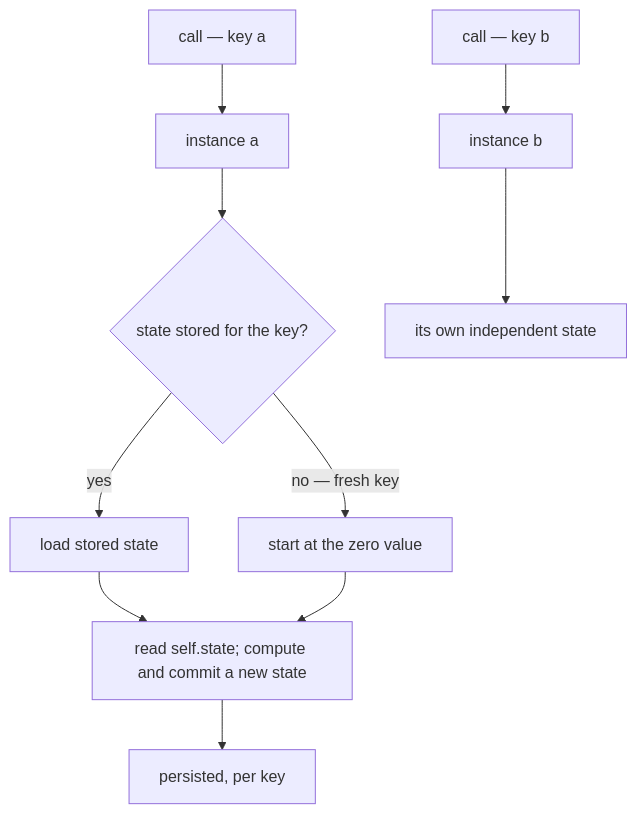
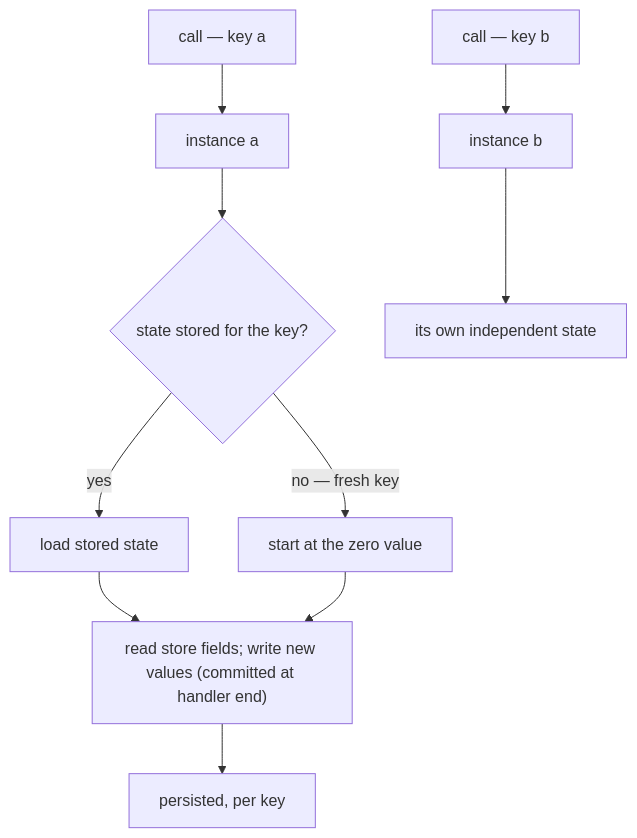
One commit to accuser/bynk changed the diagram in docs/src/guides/agents-and-state/the-agent-model.md. Above: the diagram before and after it, drawn with Mermaid. The commit also changed other lines of this file and 68 other files, not shown here.

````diff
--- a/docs/src/guides/agents-and-state/the-agent-model.md
+++ b/docs/src/guides/agents-and-state/the-agent-model.md
@@ -24,12 +25,12 @@
 ```mermaid
 flowchart TD
   ca["call — key a"] --> ia["instance a"]
   cb["call — key b"] --> ib["instance b"]
   ia --> load{"state stored for the key?"}
   load -->|yes| stored["load stored state"]
   load -->|"no — fresh key"| zero["start at the zero value"]
-  stored --> run["read self.state; compute and commit a new state"]
+  stored --> run["read store fields; write new values (committed at handler end)"]
   zero --> run
   run --> persist["persisted, per key"]
   ib --> indep["its own independent state"]
 ```
````
